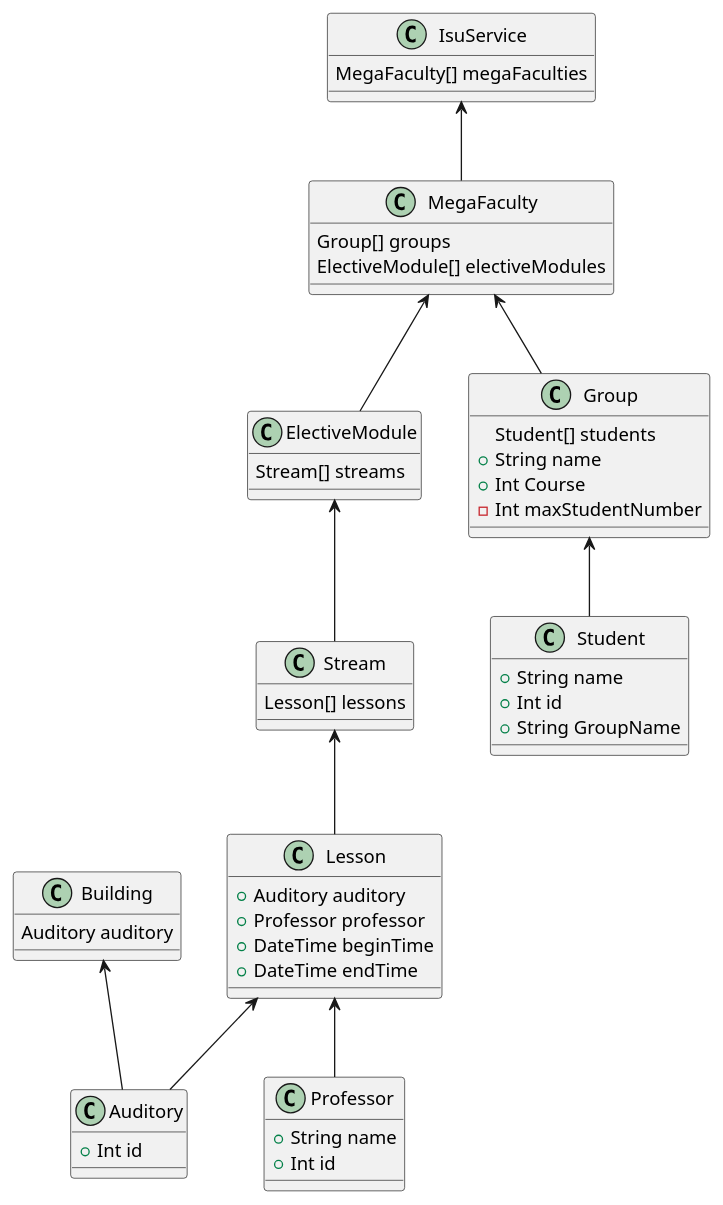
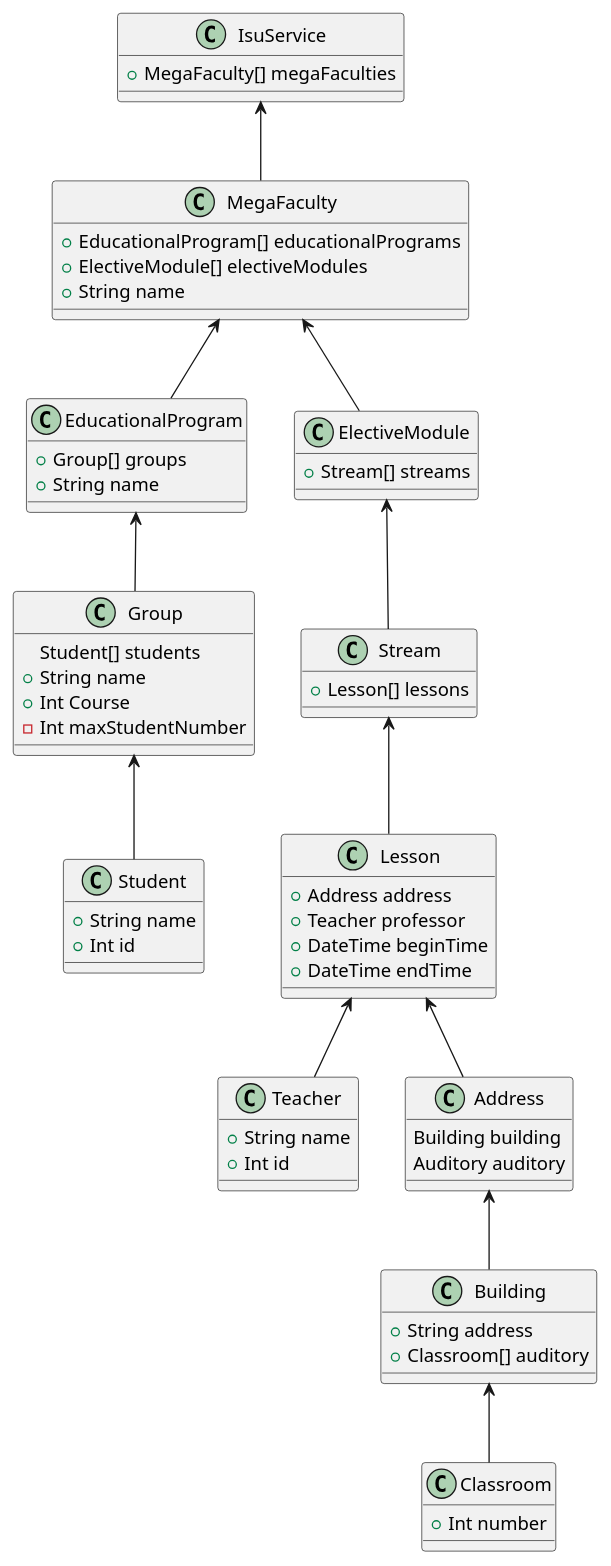
Before and after one commit to kosne1/misha-kutuzov: the diagram in IsuExtra/UML/Design.puml, drawn with PlantUML. The commit also changed 19 other files, not shown here.

```diff
--- a/IsuExtra/UML/Design.puml
+++ b/IsuExtra/UML/Design.puml
@@ -1,64 +1,76 @@
 @startuml
 
 class IsuService{
-MegaFaculty[] megaFaculties
++ MegaFaculty[] megaFaculties
 }
 
 class MegaFaculty {
-Group[] groups
-ElectiveModule[] electiveModules
++ EducationalProgram[] educationalPrograms
++ ElectiveModule[] electiveModules
++ String name
+}
+
+class EducationalProgram {
++ Group[] groups
++ String name
 }
 
 class ElectiveModule {
-Stream[] streams
++ Stream[] streams
 }
 
 class Group{
 Student[] students
 + String name
 + Int Course
 - Int maxStudentNumber
 }
 
 class Student{
 + String name
 + Int id
-+ String GroupName
 }
 
 class Stream{
-Lesson[] lessons
++ Lesson[] lessons
 }
 
 class Lesson{
-+ Auditory auditory
-+ Professor professor
++ Address address
++ Teacher professor
 + DateTime beginTime
 + DateTime endTime
 }
 
 class Building{
-Auditory auditory
++ String address
++ Classroom[] auditory
 }
 
-class Auditory{
-+ Int id
+class Classroom{
++ Int number
 }
 
-class Professor{
+class Teacher{
 + String name
 + Int id
 }
 
+class Address{
+Building building
+Auditory auditory
+}
+
 IsuService <-- MegaFaculty
 MegaFaculty <-- ElectiveModule
-MegaFaculty <-- Group
+MegaFaculty <-- EducationalProgram
+EducationalProgram <-- Group
 Group <-- Student
 
 ElectiveModule <-- Stream
 Stream <-- Lesson
-Lesson <-- Auditory
-Lesson <-- Professor
-Building <-- Auditory
-
+Lesson <-- Address
+Lesson <-- Teacher
+Building <-- Classroom
+Address <-- Building
 @enduml
```
